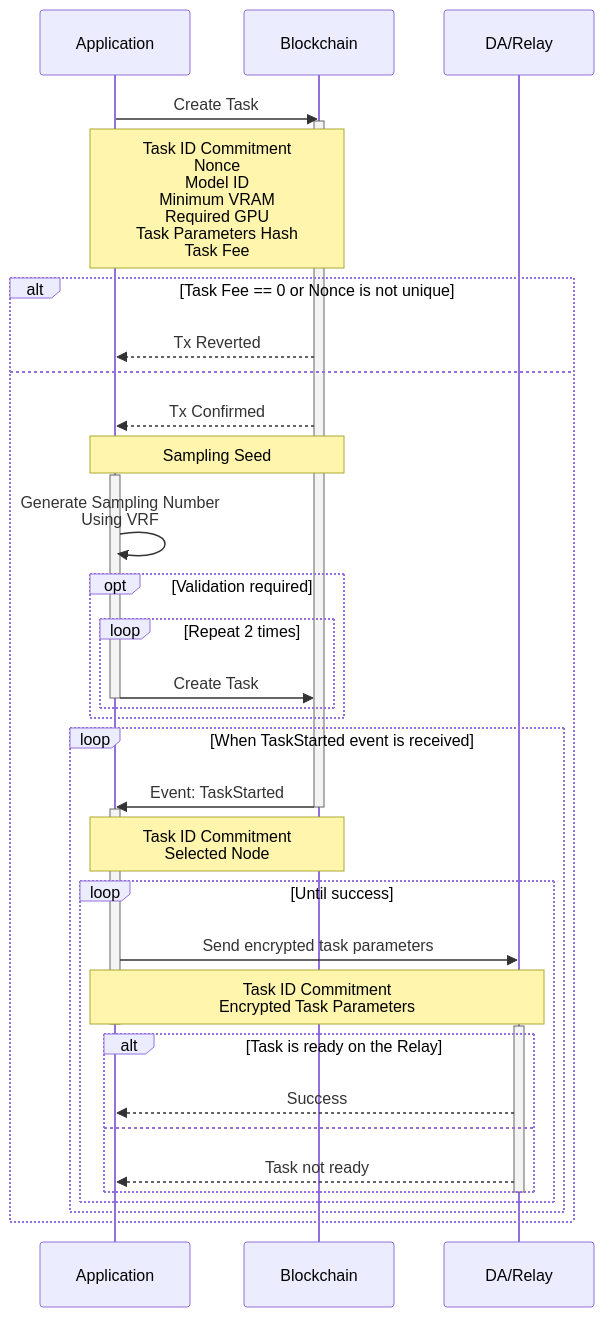
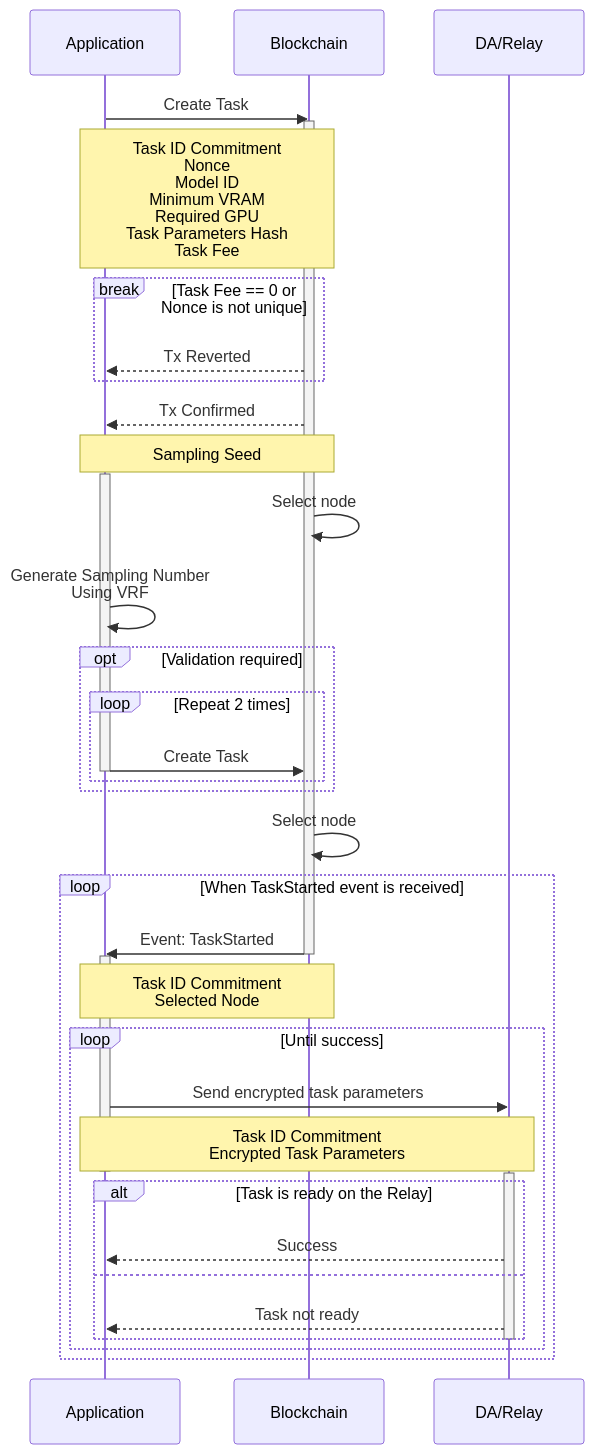
Before and after one commit to crynux-ai/documentation: the first of 2 diagrams in gitbook/system-design/task-lifecycle.md, drawn with Mermaid. The commit also changed other lines of this file, not shown here.

Commit message:
GITBOOK-262: No subject

````diff
--- a/gitbook/system-design/task-lifecycle.md
+++ b/gitbook/system-design/task-lifecycle.md
@@ -17,42 +17,45 @@
 ```mermaid
 sequenceDiagram
     Participant A as Application
     Participant B as Blockchain
     Participant R as DA/Relay
 
     A ->> B: Create Task
     activate B
     Note over A,B: Task ID Commitment<br/>Nonce<br/>Model ID<br/>Minimum VRAM<br/>Required GPU<br/>Task Parameters Hash<br/>Task Fee
-    alt Task Fee == 0 or Nonce is not unique
+
+    break Task Fee == 0 or Nonce is not unique
         B -->> A: Tx Reverted
-    else
-        B -->> A: Tx Confirmed
-        Note over A,B: Sampling Seed
+    end
+    
+    B -->> A: Tx Confirmed
+    Note over A,B: Sampling Seed
+    activate A
+    B ->> B: Select node
+    A ->> A: Generate Sampling Number<br/>Using VRF
+    opt Validation required
+        loop Repeat 2 times
+            A ->> B: Create Task
+            deactivate A
+        end
+    end
+    B ->> B: Select node
+    loop When TaskStarted event is received
+        B ->> A: Event: TaskStarted
+        deactivate B
         activate A
-        A ->> A: Generate Sampling Number<br/>Using VRF
-        opt Validation required
-            loop Repeat 2 times
-                A ->> B: Create Task
-                deactivate A
+        Note over A,B: Task ID Commitment<br/>Selected Node
+        loop Until success
+            A ->> R: Send encrypted task parameters
+            Note over A,R: Task ID Commitment<br/>Encrypted Task Parameters
+            deactivate A
+            activate R
+            alt Task is ready on the Relay
+                R -->> A: Success
+            else
+                R -->> A: Task not ready
             end
-        end
-        loop When TaskStarted event is received
-            B ->> A: Event: TaskStarted
-            deactivate B
-            activate A
-            Note over A,B: Task ID Commitment<br/>Selected Node
-            loop Until success
-                A ->> R: Send encrypted task parameters
-                Note over A,R: Task ID Commitment<br/>Encrypted Task Parameters
-                deactivate A
-                activate R
-                alt Task is ready on the Relay
-                    R -->> A: Success
-                else
-                    R -->> A: Task not ready
-                end
-                deactivate R
-            end
+            deactivate R
         end
     end
 ```
````
